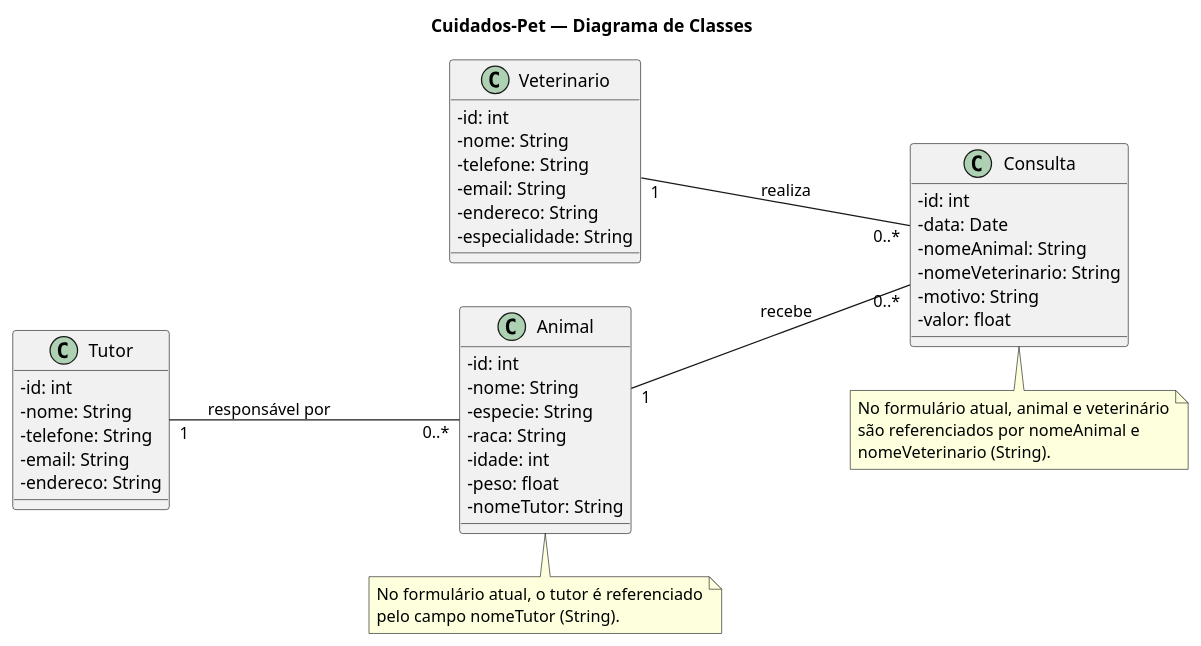
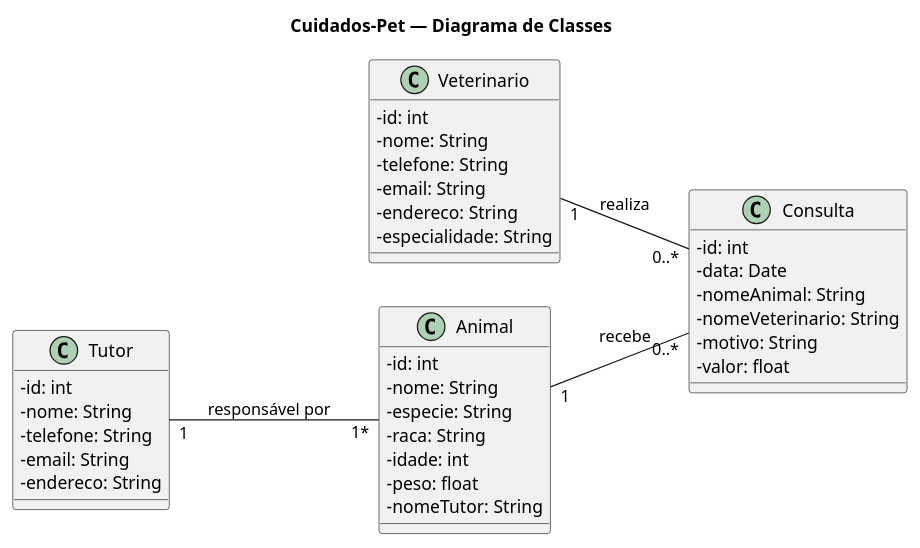
Before and after one commit to JeanCFreitas/Cuidados-Pet-SPOLBP2: the diagram in diagramas puml/classes/diagrama_classes_cuidados_pet.puml, drawn with PlantUML. The commit also changed 1 other file, not shown here.

Commit message:
Correção no diagrama de classes

```diff
--- a/diagramas puml/classes/diagrama_classes_cuidados_pet.puml
+++ b/diagramas puml/classes/diagrama_classes_cuidados_pet.puml
@@ -1,58 +1,47 @@
 @startuml
 title Cuidados-Pet — Diagrama de Classes
 left to right direction
 skinparam classAttributeIconSize 0
 
 class Veterinario {
   - id: int
   - nome: String
   - telefone: String
   - email: String
   - endereco: String
   - especialidade: String
 }
 
 class Tutor {
   - id: int
   - nome: String
   - telefone: String
   - email: String
   - endereco: String
 }
 
 class Animal {
   - id: int
   - nome: String
   - especie: String
   - raca: String
   - idade: int
   - peso: float
   - nomeTutor: String
 }
 
 class Consulta {
   - id: int
   - data: Date
   - nomeAnimal: String
   - nomeVeterinario: String
   - motivo: String
   - valor: float
 }
 
 ' Associações conceituais indicadas pelos campos de referência
-Tutor "1" -- "0..*" Animal : responsável por
+Tutor "1" -- "1*" Animal : responsável por
 Animal "1" -- "0..*" Consulta : recebe
 Veterinario "1" -- "0..*" Consulta : realiza
 
-note bottom of Animal
-  No formulário atual, o tutor é referenciado
-  pelo campo nomeTutor (String).
-end note
-
-note bottom of Consulta
-  No formulário atual, animal e veterinário
-  são referenciados por nomeAnimal e
-  nomeVeterinario (String).
-end note
-
 @enduml
```
